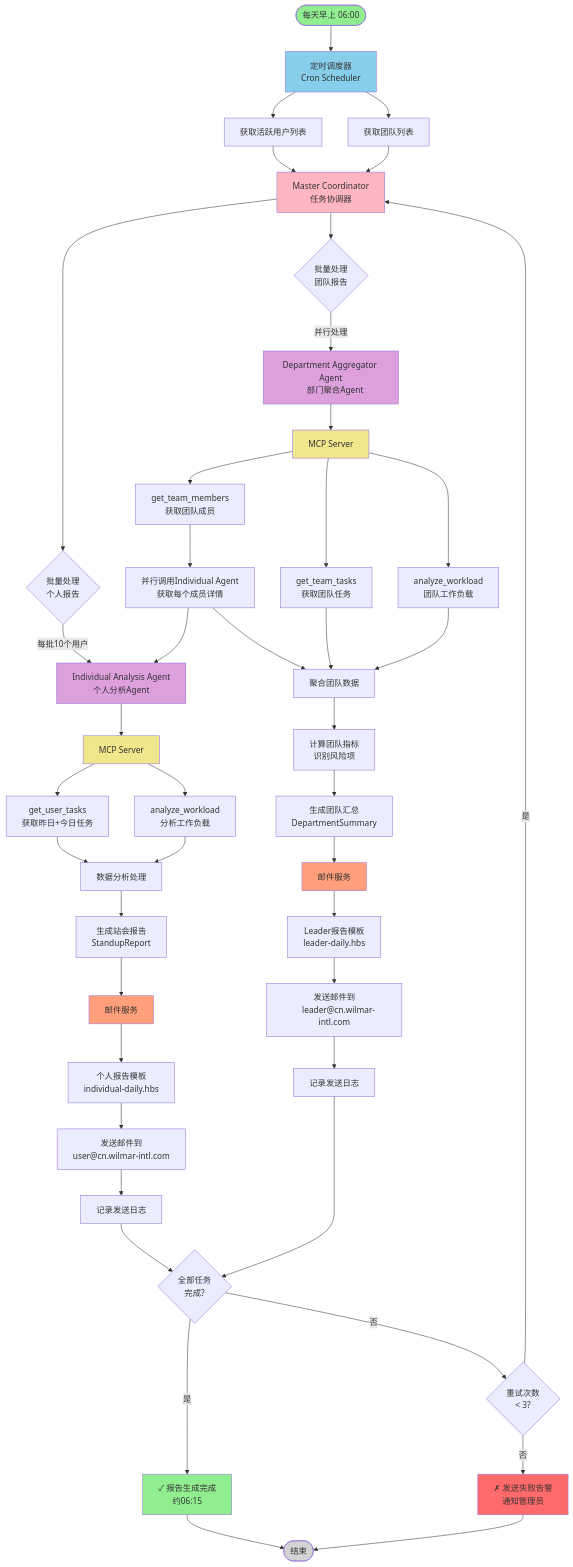
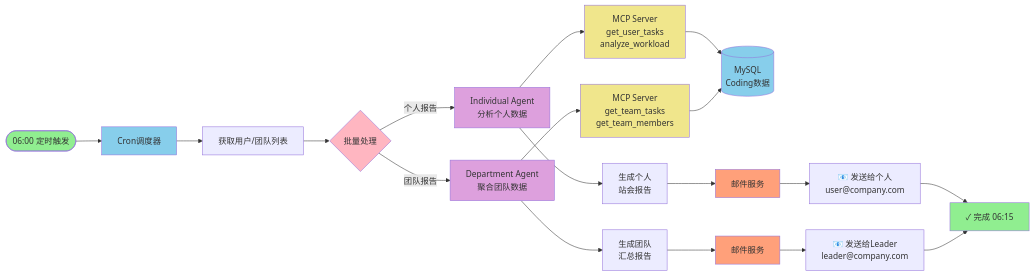
One commit to mrzhangmian/neturl changed the first of 10 diagrams in t.md. Above: the diagram before and after it, drawn with Mermaid. The commit also changed other lines of this file, not shown here.

````diff
--- a/t.md
+++ b/t.md
@@ -5,101 +5,41 @@
 ```mermaid
-flowchart TB
-    Start([每天早上 06:00]) --> Scheduler["定时调度器
-    Cron Scheduler"]
+flowchart LR
+    Start([06:00 定时触发]) --> Scheduler[Cron调度器]
 
-    Scheduler --> GetUsers[获取活跃用户列表]
-    Scheduler --> GetTeams[获取团队列表]
+    Scheduler --> Fetch[获取用户/团队列表]
 
-    GetUsers --> Coordinator["Master Coordinator
-    任务协调器"]
-    GetTeams --> Coordinator
+    Fetch --> Process{批量处理}
 
-    Coordinator --> BatchIndividual{"批量处理
-    个人报告"}
-    Coordinator --> BatchTeam{"批量处理
-    团队报告"}
+    Process -->|个人报告| Individual[Individual Agent<br/>分析个人数据]
+    Process -->|团队报告| Dept[Department Agent<br/>聚合团队数据]
 
-    BatchIndividual -->|每批10个用户| IndividualAgent["Individual Analysis Agent
-    个人分析Agent"]
+    Individual --> MCP1[MCP Server<br/>get_user_tasks<br/>analyze_workload]
+    Dept --> MCP2[MCP Server<br/>get_team_tasks<br/>get_team_members]
 
-    IndividualAgent --> MCP1[MCP Server]
-    MCP1 --> GetUserTasks["get_user_tasks
-    获取昨日+今日任务"]
-    MCP1 --> AnalyzeWorkload["analyze_workload
-    分析工作负载"]
+    MCP1 --> DB[(MySQL<br/>Coding数据)]
+    MCP2 --> DB
 
-    GetUserTasks --> ProcessData1[数据分析处理]
-    AnalyzeWorkload --> ProcessData1
+    Individual --> Report1[生成个人<br/>站会报告]
+    Dept --> Report2[生成团队<br/>汇总报告]
 
-    ProcessData1 --> GenerateReport1["生成站会报告
-    StandupReport"]
+    Report1 --> Email1[邮件服务]
+    Report2 --> Email2[邮件服务]
 
-    GenerateReport1 --> EmailService1[邮件服务]
-    EmailService1 --> Template1["个人报告模板
-    individual-daily.hbs"]
-    Template1 --> SendEmail1["发送邮件到
-    user@cn.wilmar-intl.com"]
+    Email1 --> User1[📧 发送给个人<br/>user@company.com]
+    Email2 --> User2[📧 发送给Leader<br/>leader@company.com]
 
-    SendEmail1 --> LogEmail1[记录发送日志]
-
-    BatchTeam -->|并行处理| DeptAgent["Department Aggregator Agent
-    部门聚合Agent"]
-
-    DeptAgent --> MCP2[MCP Server]
-    MCP2 --> GetTeamMembers["get_team_members
-    获取团队成员"]
-    MCP2 --> GetTeamTasks["get_team_tasks
-    获取团队任务"]
-    MCP2 --> AnalyzeTeamWorkload["analyze_workload
-    团队工作负载"]
-
-    GetTeamMembers --> ParallelAnalysis["并行调用Individual Agent
-    获取每个成员详情"]
-    ParallelAnalysis --> IndividualAgent
-
-    GetTeamTasks --> AggregateData[聚合团队数据]
-    AnalyzeTeamWorkload --> AggregateData
-    ParallelAnalysis --> AggregateData
-
-    AggregateData --> CalcMetrics["计算团队指标
-    识别风险项"]
-    CalcMetrics --> GenerateReport2["生成团队汇总
-    DepartmentSummary"]
-
-    GenerateReport2 --> EmailService2[邮件服务]
-    EmailService2 --> Template2["Leader报告模板
-    leader-daily.hbs"]
-    Template2 --> SendEmail2["发送邮件到
-    leader@cn.wilmar-intl.com"]
-
-    SendEmail2 --> LogEmail2[记录发送日志]
-
-    LogEmail1 --> Complete{"全部任务
-    完成?"}
-    LogEmail2 --> Complete
-
-    Complete -->|是| Success["✓ 报告生成完成
-    约06:15"]
-    Complete -->|否| Retry{"重试次数
-    < 3?"}
-
-    Retry -->|是| Coordinator
-    Retry -->|否| Error["✗ 发送失败告警
-    通知管理员"]
-
-    Success --> End([结束])
-    Error --> End
+    User1 --> Done[✓ 完成 06:15]
+    User2 --> Done
 
     style Start fill:#90EE90
     style Scheduler fill:#87CEEB
-    style Coordinator fill:#FFB6C1
-    style IndividualAgent fill:#DDA0DD
-    style DeptAgent fill:#DDA0DD
+    style Process fill:#FFB6C1
+    style Individual fill:#DDA0DD
+    style Dept fill:#DDA0DD
     style MCP1 fill:#F0E68C
     style MCP2 fill:#F0E68C
-    style EmailService1 fill:#FFA07A
-    style EmailService2 fill:#FFA07A
-    style Success fill:#90EE90
-    style Error fill:#FF6B6B
-    style End fill:#D3D3D3
+    style DB fill:#87CEEB
+    style Email1 fill:#FFA07A
+    style Email2 fill:#FFA07A
+    style Done fill:#90EE90
 ```
````
